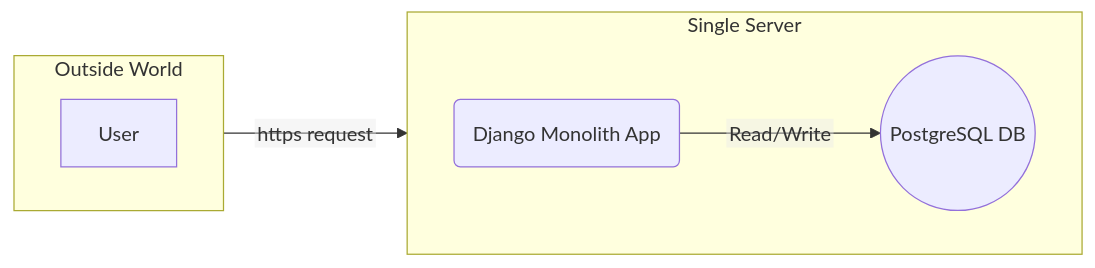
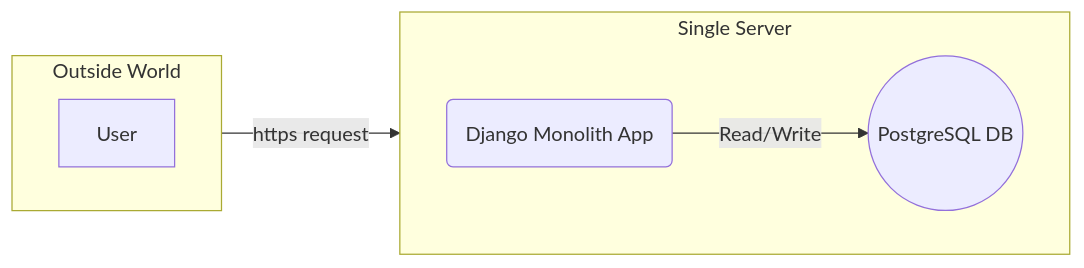
The first of 3 diagrams in Diagram/Diagram_Only/Phase1_TheMonolithEra.md (004Ajay/Rough), drawn with Mermaid before and after one commit. The commit also changed other lines of this file, not shown here.

Commit message:
LB Diagram correction; making connections writings clear

````diff
--- a/Diagram/Diagram_Only/Phase1_TheMonolithEra.md
+++ b/Diagram/Diagram_Only/Phase1_TheMonolithEra.md
@@ -3,19 +3,19 @@
 ```mermaid
-%%{init: {'flowchart': {'htmlLabels': false}}}%%
+%%{init: {'flowchart': {'htmlLabels': false,}}}%%
 graph LR
   %% Nodes
   A[User]
   B(Django Monolith App)
   C((PostgreSQL DB))
   
 subgraph Outside World
 direction LR
   A 
 end
 
 subgraph Single Server
 direction LR
-  A --https request--> B
-  B --Read/Write--> C
+  A -- https request --> B
+  B -- Read/Write --> C
 end
 ```
````
